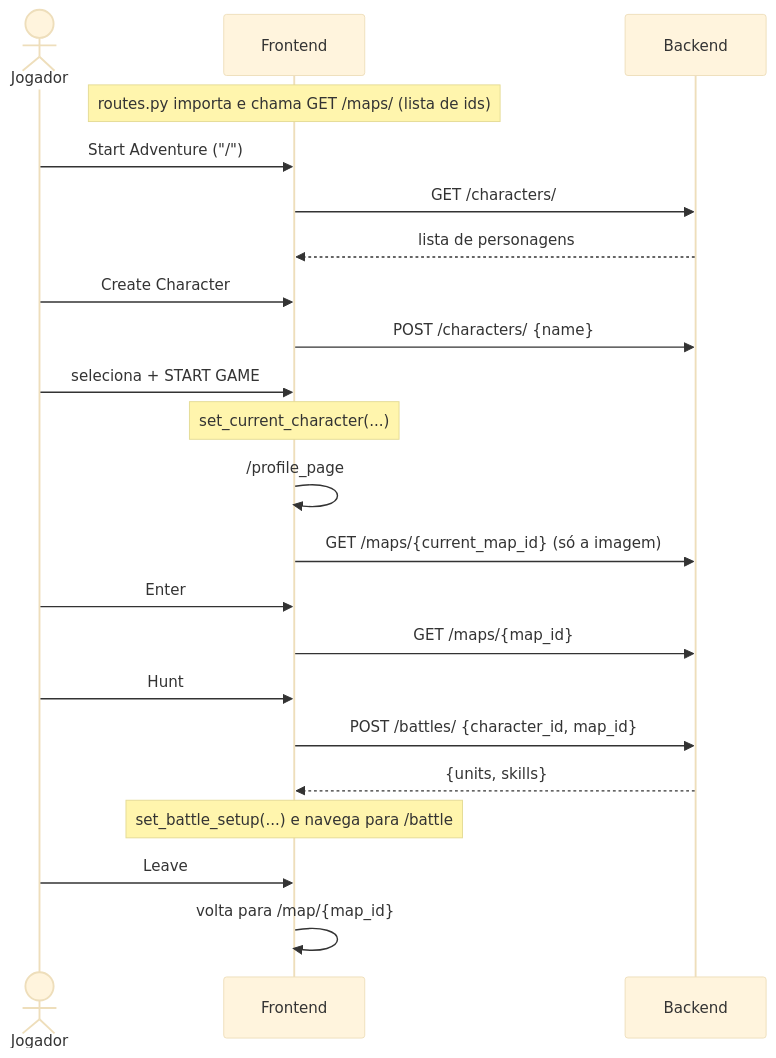
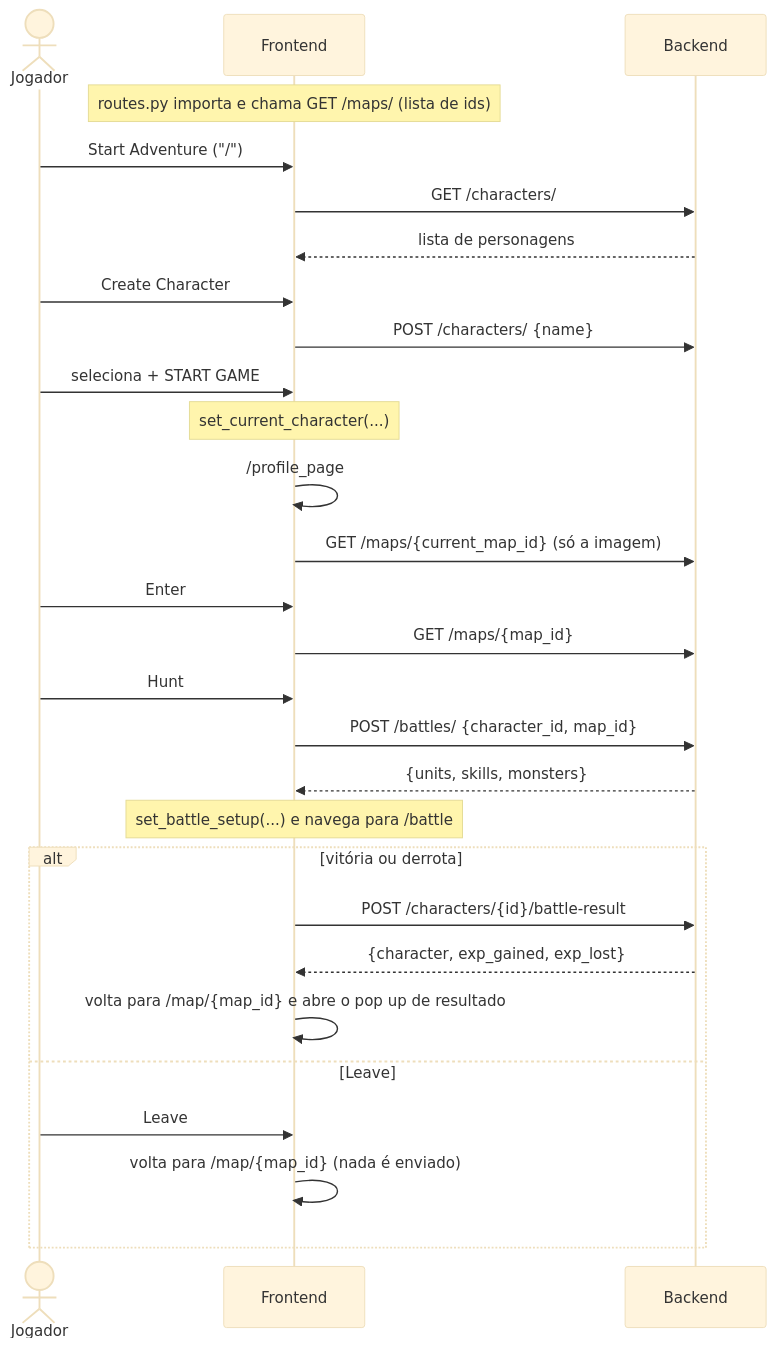
Before and after one commit to ElisandroPeixoto/ragnarok-cs: the diagram in docs/integracao-frontend-backend.md, drawn with Mermaid (base theme). The commit also changed other lines of this file and 22 other files, not shown here.

First line of the commit message:
feat: finite hunts with a result pop up

````diff
--- a/docs/integracao-frontend-backend.md
+++ b/docs/integracao-frontend-backend.md
@@ -74,24 +74,30 @@
 ```mermaid
 sequenceDiagram
     actor U as Jogador
     participant F as Frontend
     participant B as Backend
     Note over F: routes.py importa e chama GET /maps/ (lista de ids)
     U->>F: Start Adventure ("/")
     F->>B: GET /characters/
     B-->>F: lista de personagens
     U->>F: Create Character
     F->>B: POST /characters/ {name}
     U->>F: seleciona + START GAME
     Note over F: set_current_character(...)
     F->>F: /profile_page
     F->>B: GET /maps/{current_map_id} (só a imagem)
     U->>F: Enter
     F->>B: GET /maps/{map_id}
     U->>F: Hunt
     F->>B: POST /battles/ {character_id, map_id}
-    B-->>F: {units, skills}
+    B-->>F: {units, skills, monsters}
     Note over F: set_battle_setup(...) e navega para /battle
-    U->>F: Leave
-    F->>F: volta para /map/{map_id}
+    alt vitória ou derrota
+        F->>B: POST /characters/{id}/battle-result
+        B-->>F: {character, exp_gained, exp_lost}
+        F->>F: volta para /map/{map_id} e abre o pop up de resultado
+    else Leave
+        U->>F: Leave
+        F->>F: volta para /map/{map_id} (nada é enviado)
+    end
 ```
````
